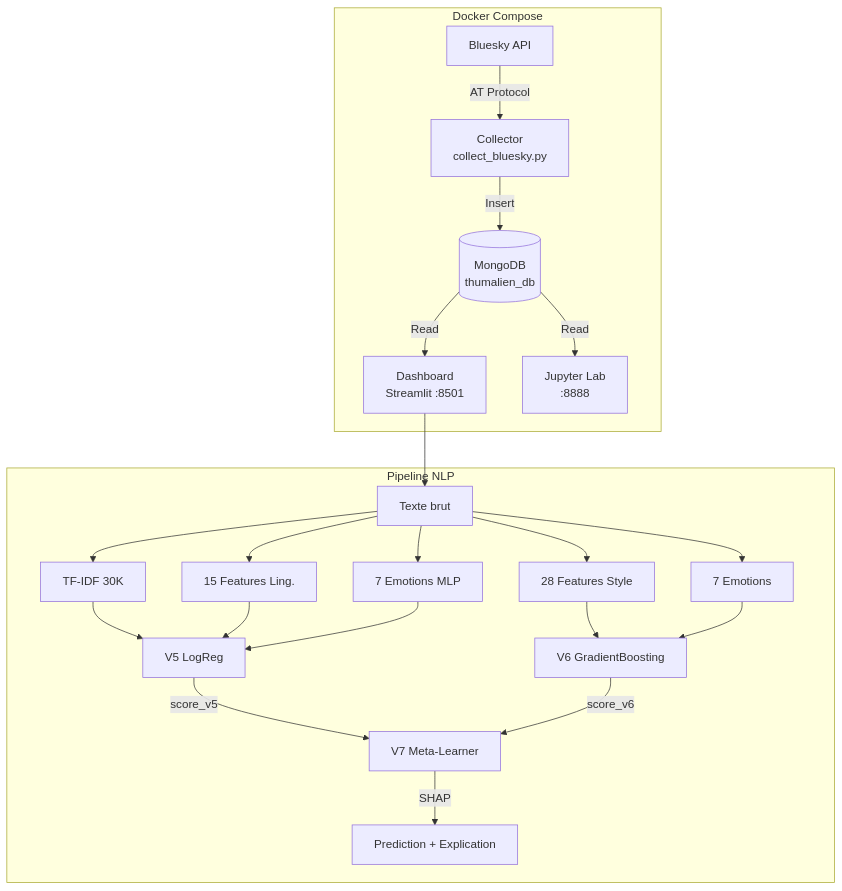
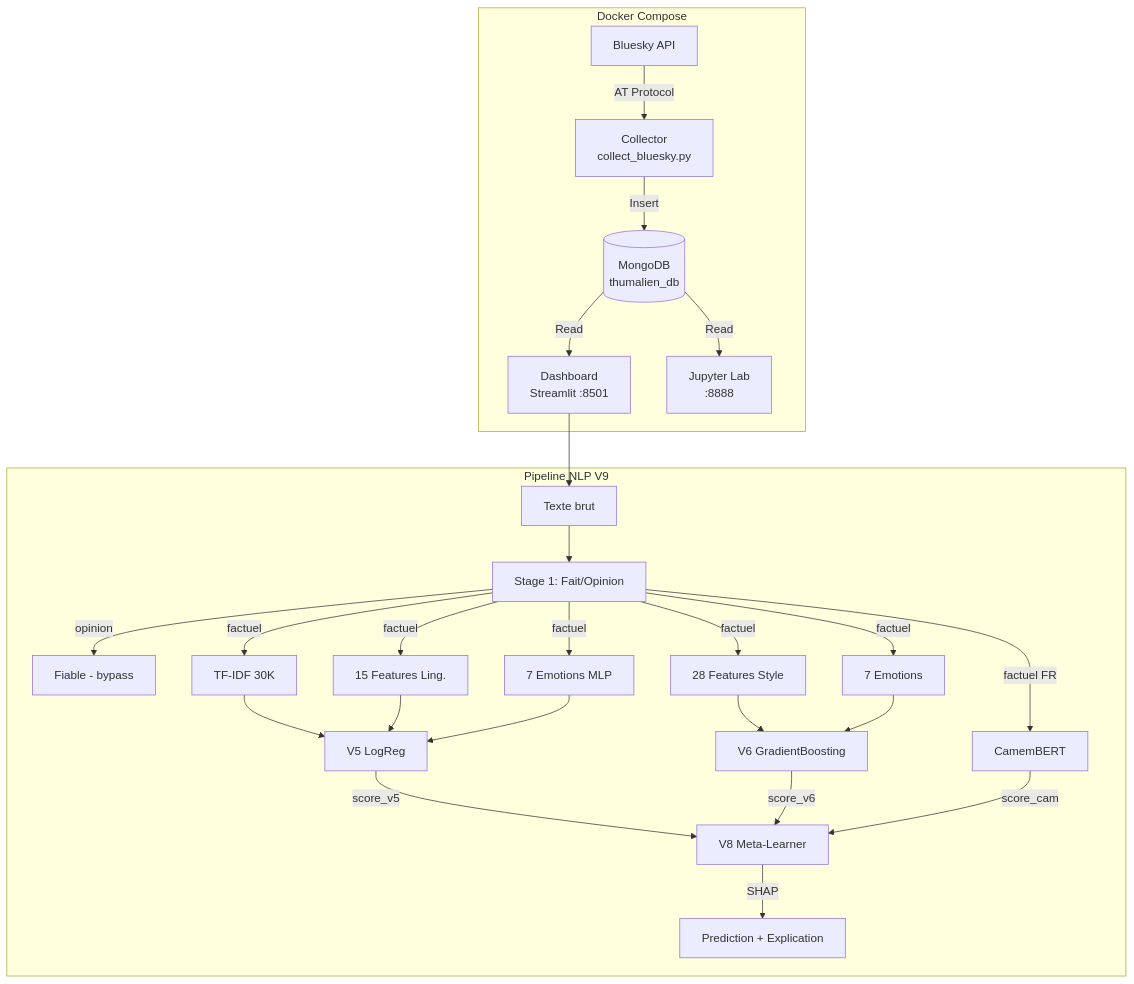
The first of 3 diagrams in docs/rapport_projet_thumalien.md (azelbanks/projet_etude), drawn with Mermaid before and after one commit. The commit also changed other lines of this file and 2 other files, not shown here.

````diff
--- a/docs/rapport_projet_thumalien.md
+++ b/docs/rapport_projet_thumalien.md
@@ -102,24 +141,28 @@
 ```mermaid
 graph TD
     subgraph Docker Compose
         A[Bluesky API] -->|AT Protocol| B[Collector<br>collect_bluesky.py]
         B -->|Insert| C[(MongoDB<br>thumalien_db)]
         C -->|Read| D[Dashboard<br>Streamlit :8501]
         C -->|Read| E[Jupyter Lab<br>:8888]
     end
 
-    subgraph Pipeline NLP
-        F[Texte brut] --> G[TF-IDF 30K]
-        F --> H[15 Features Ling.]
-        F --> I[7 Emotions MLP]
+    subgraph Pipeline NLP V9
+        F[Texte brut] --> S1[Stage 1: Fait/Opinion]
+        S1 -->|opinion| BYPASS[Fiable - bypass]
+        S1 -->|factuel| G[TF-IDF 30K]
+        S1 -->|factuel| H[15 Features Ling.]
+        S1 -->|factuel| I[7 Emotions MLP]
         G & H & I --> J[V5 LogReg]
-        F --> K[28 Features Style]
-        F --> L[7 Emotions]
+        S1 -->|factuel| K[28 Features Style]
+        S1 -->|factuel| L[7 Emotions]
         K & L --> M[V6 GradientBoosting]
-        J -->|score_v5| N[V7 Meta-Learner]
+        S1 -->|factuel FR| CAM[CamemBERT]
+        J -->|score_v5| N[V8 Meta-Learner]
         M -->|score_v6| N
+        CAM -->|score_cam| N
         N -->|SHAP| O[Prediction + Explication]
     end
 
     D --> F
 ```
````
